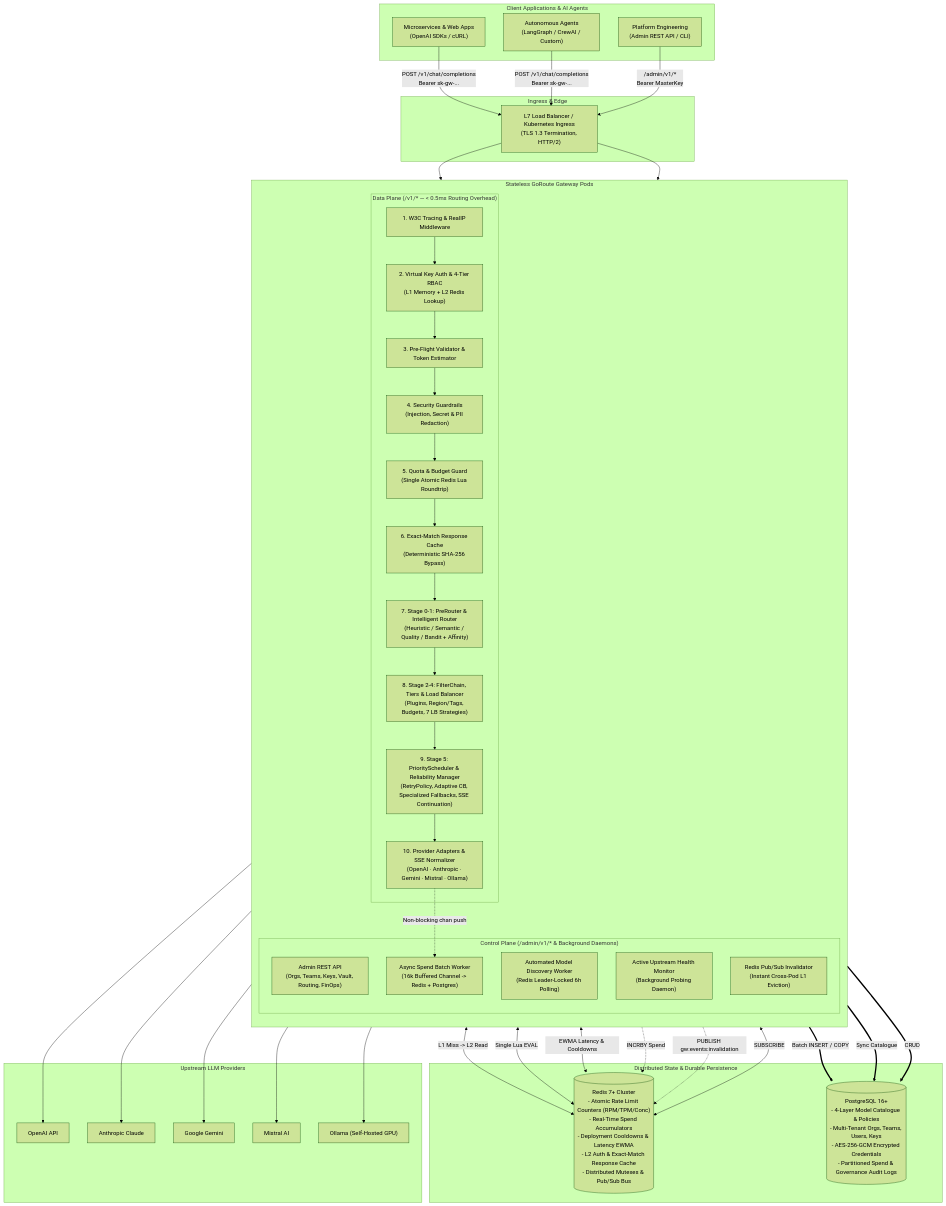
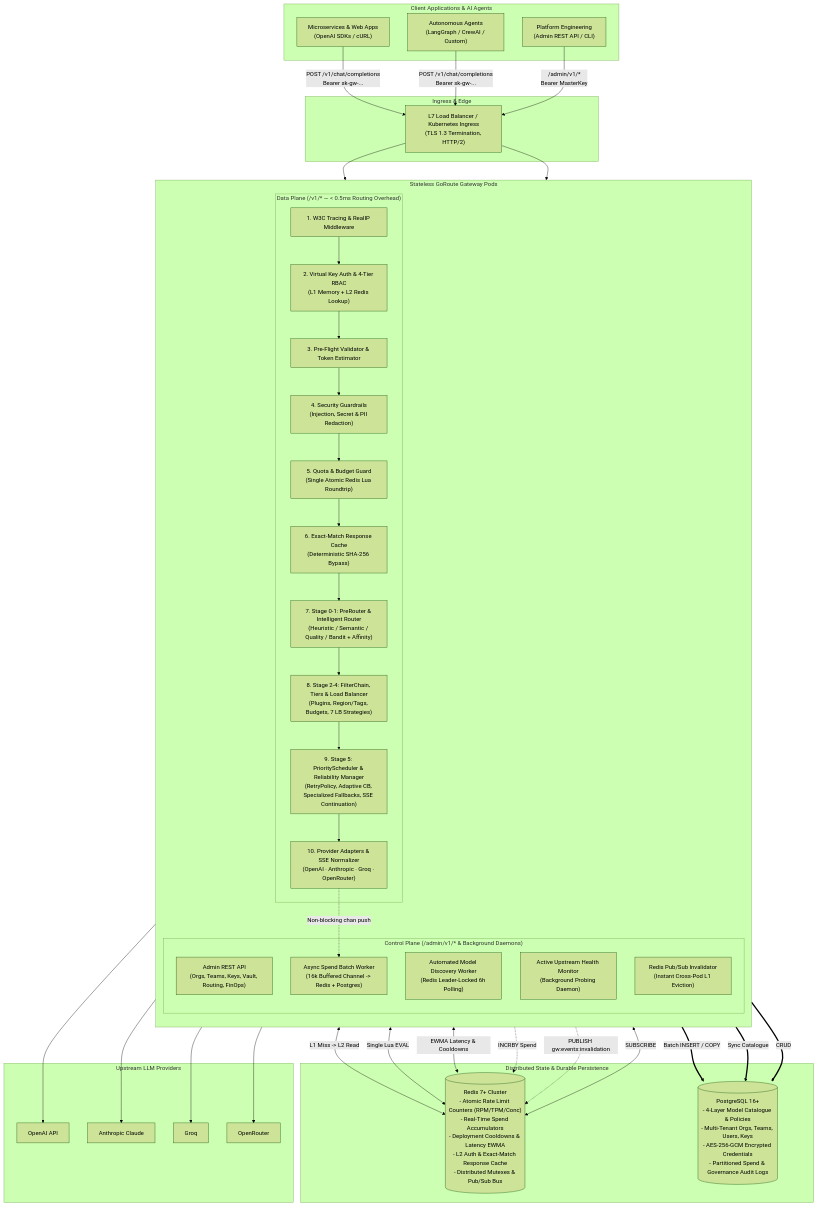
Before and after one commit to goroute-ai/ai-gateway-go: the first of 6 diagrams in docs/INTERNALS.md, drawn with Mermaid (forest theme). The commit also changed other lines of this file and 325 other files, not shown here.

````diff
--- a/docs/INTERNALS.md
+++ b/docs/INTERNALS.md
@@ -43,67 +43,66 @@
 ```mermaid
 flowchart TB
     subgraph Clients["Client Applications & AI Agents"]
         App1["Microservices & Web Apps\n(OpenAI SDKs / cURL)"]
         App2["Autonomous Agents\n(LangGraph / CrewAI / Custom)"]
         Admin["Platform Engineering\n(Admin REST API / CLI)"]
     end
 
     subgraph Edge["Ingress & Edge"]
         LB["L7 Load Balancer / Kubernetes Ingress\n(TLS 1.3 Termination, HTTP/2)"]
     end
 
     subgraph Cluster["Stateless GoRoute Gateway Pods"]
         direction TB
         subgraph DataPlane["Data Plane (/v1/* — < 0.5ms Routing Overhead)"]
             TraceMW["1. W3C Tracing & RealIP Middleware"]
             AuthMW["2. Virtual Key Auth & 4-Tier RBAC\n(L1 Memory + L2 Redis Lookup)"]
             ValidMW["3. Pre-Flight Validator & Token Estimator"]
             GuardMW["4. Security Guardrails\n(Injection, Secret & PII Redaction)"]
             RateMW["5. Quota & Budget Guard\n(Single Atomic Redis Lua Roundtrip)"]
             CacheMW["6. Exact-Match Response Cache\n(Deterministic SHA-256 Bypass)"]
             Stage1["7. Stage 0-1: PreRouter & Intelligent Router\n(Heuristic / Semantic / Quality / Bandit + Affinity)"]
             Stage2["8. Stage 2-4: FilterChain, Tiers & Load Balancer\n(Plugins, Region/Tags, Budgets, 7 LB Strategies)"]
             RelMgr["9. Stage 5: PriorityScheduler & Reliability Manager\n(RetryPolicy, Adaptive CB, Specialized Fallbacks, SSE Continuation)"]
-            Adapters["10. Provider Adapters & SSE Normalizer\n(OpenAI · Anthropic · Gemini · Mistral · Ollama)"]
+            Adapters["10. Provider Adapters & SSE Normalizer\n(OpenAI · Anthropic · Groq · OpenRouter)"]
         end
 
         subgraph ControlPlane["Control Plane (/admin/v1/* & Background Daemons)"]
             AdminAPI["Admin REST API\n(Orgs, Teams, Keys, Vault, Routing, FinOps)"]
             DiscoveryWorker["Automated Model Discovery Worker\n(Redis Leader-Locked 6h Polling)"]
             HealthMon["Active Upstream Health Monitor\n(Background Probing Daemon)"]
             SpendWorker["Async Spend Batch Worker\n(16k Buffered Channel -> Redis + Postgres)"]
             PubSub["Redis Pub/Sub Invalidator\n(Instant Cross-Pod L1 Eviction)"]
         end
     end
 
     subgraph BackingStores["Distributed State & Durable Persistence"]
         Redis[("Redis 7+ Cluster\n- Atomic Rate Limit Counters (RPM/TPM/Conc)\n- Real-Time Spend Accumulators\n- Deployment Cooldowns & Latency EWMA\n- L2 Auth & Exact-Match Response Cache\n- Distributed Mutexes & Pub/Sub Bus")]
         Postgres[("PostgreSQL 16+\n- 4-Layer Model Catalogue & Policies\n- Multi-Tenant Orgs, Teams, Users, Keys\n- AES-256-GCM Encrypted Credentials\n- Partitioned Spend & Governance Audit Logs")]
     end
 
     subgraph Upstreams["Upstream LLM Providers"]
         OpenAI["OpenAI API"]
         Anthropic["Anthropic Claude"]
-        Gemini["Google Gemini"]
-        Mistral["Mistral AI"]
-        Ollama["Ollama (Self-Hosted GPU)"]
+        Groq["Groq"]
+        OpenRouter["OpenRouter"]
     end
 
     App1 & App2 -->|"POST /v1/chat/completions\nBearer sk-gw-..."| LB
     Admin -->|"/admin/v1/*\nBearer MasterKey"| LB
     LB --> TraceMW --> AuthMW --> ValidMW --> GuardMW --> RateMW --> CacheMW --> Stage1 --> Stage2 --> RelMgr --> Adapters
     LB --> AdminAPI
 
     AuthMW <-->|"L1 Miss -> L2 Read"| Redis
     RateMW <-->|"Single Lua EVAL"| Redis
     Stage2 <-->|"EWMA Latency & Cooldowns"| Redis
     Adapters -.->|"Non-blocking chan push"| SpendWorker
     SpendWorker ==>|"Batch INSERT / COPY"| Postgres
     SpendWorker -.->|"INCRBY Spend"| Redis
     DiscoveryWorker ==>|"Sync Catalogue"| Postgres
     AdminAPI ==>|"CRUD"| Postgres
     AdminAPI -.->|"PUBLISH gw:events:invalidation"| Redis
     PubSub <-->|"SUBSCRIBE"| Redis
 
-    Adapters --> OpenAI & Anthropic & Gemini & Mistral & Ollama
+    Adapters --> OpenAI & Anthropic & Groq & OpenRouter
 ```
````
